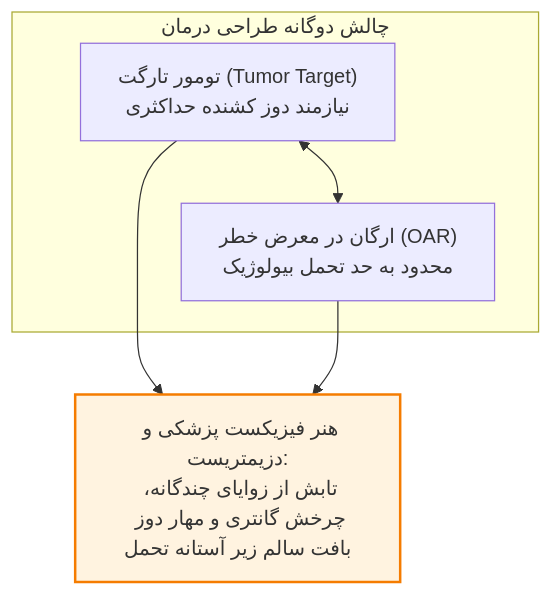
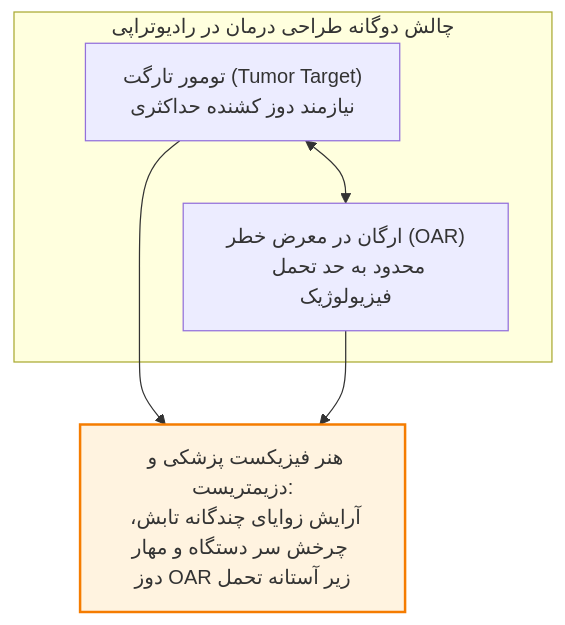
Diagram 11 of 13 in 05/فیزیک پزشکی/پایان‌ترم/رادیوتراپی.md (neopulse-hub/-TUMS-1402-2-material-notes-), drawn with Mermaid before and after one commit. The commit also changed other lines of this file, not shown here.

````diff
--- a/05/فیزیک پزشکی/پایان‌ترم/رادیوتراپی.md
+++ b/05/فیزیک پزشکی/پایان‌ترم/رادیوتراپی.md
@@ -90,9 +346,9 @@
 ```mermaid
 flowchart TD
-    subgraph چالش دوگانه طراحی درمان
-        T["تومور تارگت (Tumor Target)<br>نیازمند دوز کشنده حداکثری"] <--> OAR["ارگان در معرض خطر (OAR)<br>محدود به حد تحمل بیولوژیک"]
+    subgraph چالش دوگانه طراحی درمان در رادیوتراپی
+        T["تومور تارگت (Tumor Target)<br>نیازمند دوز کشنده حداکثری"] <--> OAR["ارگان در معرض خطر (OAR)<br>محدود به حد تحمل فیزیولوژیک"]
     end
-    T & OAR --> PH["هنر فیزیکست پزشکی و دزیمتریست:<br>تابش از زوایای چندگانه، چرخش گانتری و مهار دوز بافت سالم زیر آستانه تحمل"]
+    T & OAR --> PH["هنر فیزیکست پزشکی و دزیمتریست:<br>آرایش زوایای چندگانه تابش، چرخش سر دستگاه و مهار دوز OAR زیر آستانه تحمل"]
     classDef dil fill:#fff3e0,stroke:#f57c00,stroke-width:2px;
     class PH dil;
 ```
````
